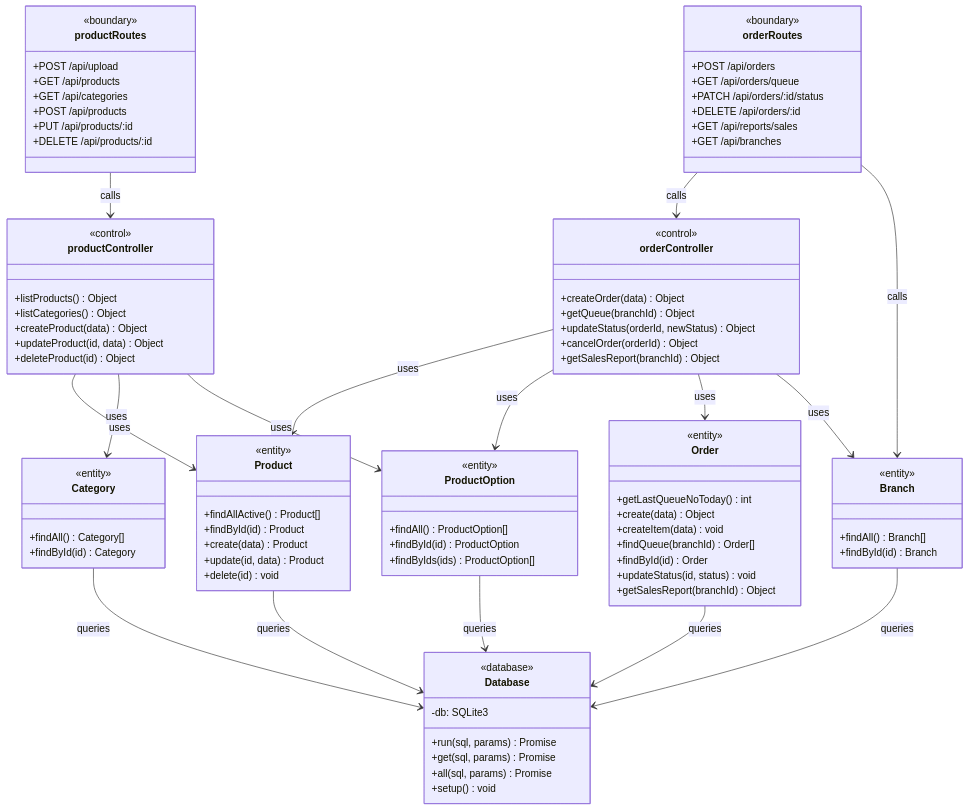
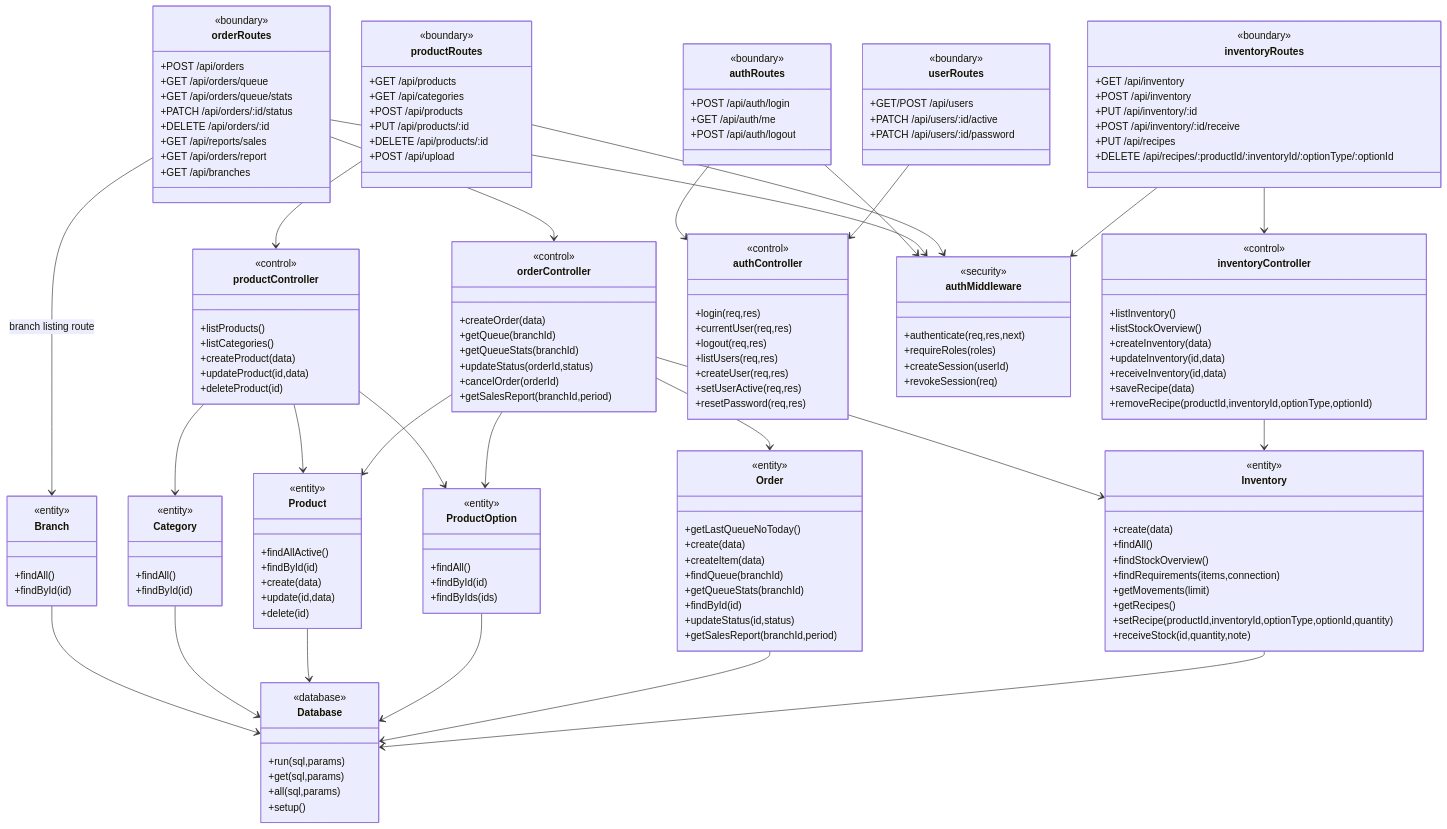
One commit to Wara197/khon-thai-ok-ma-bon-si-farang-ok-ma-bon-su-cafe-system changed the first of 2 diagrams in docs/wk06-class-diagram.md. Above: the diagram before and after it, drawn with Mermaid. The commit also changed other lines of this file and 24 other files, not shown here.

````diff
--- a/docs/wk06-class-diagram.md
+++ b/docs/wk06-class-diagram.md
@@ -15,108 +7,168 @@
 ```mermaid
 classDiagram
-    direction TB
+  direction TB
 
-    %% ===== Boundary Layer (Routes & Views) =====
-    class productRoutes {
-        <<boundary>>
-        +POST /api/upload
-        +GET /api/products
-        +GET /api/categories
-        +POST /api/products
-        +PUT /api/products/:id
-        +DELETE /api/products/:id
-    }
-    class orderRoutes {
-        <<boundary>>
-        +POST /api/orders
-        +GET /api/orders/queue
-        +PATCH /api/orders/:id/status
-        +DELETE /api/orders/:id
-        +GET /api/reports/sales
-        +GET /api/branches
-    }
+  class productRoutes {
+    <<boundary>>
+    +GET /api/products
+    +GET /api/categories
+    +POST /api/products
+    +PUT /api/products/:id
+    +DELETE /api/products/:id
+    +POST /api/upload
+  }
+  class orderRoutes {
+    <<boundary>>
+    +POST /api/orders
+    +GET /api/orders/queue
+    +GET /api/orders/queue/stats
+    +PATCH /api/orders/:id/status
+    +DELETE /api/orders/:id
+    +GET /api/reports/sales
+    +GET /api/orders/report
+    +GET /api/branches
+  }
+  class inventoryRoutes {
+    <<boundary>>
+    +GET /api/inventory
+    +POST /api/inventory
+    +PUT /api/inventory/:id
+    +POST /api/inventory/:id/receive
+    +PUT /api/recipes
+    +DELETE /api/recipes/:productId/:inventoryId/:optionType/:optionId
+  }
+  class authRoutes {
+    <<boundary>>
+    +POST /api/auth/login
+    +GET /api/auth/me
+    +POST /api/auth/logout
+  }
+  class userRoutes {
+    <<boundary>>
+    +GET/POST /api/users
+    +PATCH /api/users/:id/active
+    +PATCH /api/users/:id/password
+  }
+  class productController {
+    <<control>>
+    +listProducts()
+    +listCategories()
+    +createProduct(data)
+    +updateProduct(id,data)
+    +deleteProduct(id)
+  }
+  class orderController {
+    <<control>>
+    +createOrder(data)
+    +getQueue(branchId)
+    +getQueueStats(branchId)
+    +updateStatus(orderId,status)
+    +cancelOrder(orderId)
+    +getSalesReport(branchId,period)
+  }
+  class inventoryController {
+    <<control>>
+    +listInventory()
+    +listStockOverview()
+    +createInventory(data)
+    +updateInventory(id,data)
+    +receiveInventory(id,data)
+    +saveRecipe(data)
+    +removeRecipe(productId,inventoryId,optionType,optionId)
+  }
+  class authController {
+    <<control>>
+    +login(req,res)
+    +currentUser(req,res)
+    +logout(req,res)
+    +listUsers(req,res)
+    +createUser(req,res)
+    +setUserActive(req,res)
+    +resetPassword(req,res)
+  }
+  class authMiddleware {
+    <<security>>
+    +authenticate(req,res,next)
+    +requireRoles(roles)
+    +createSession(userId)
+    +revokeSession(req)
+  }
+  class Branch {
+    <<entity>>
+    +findAll()
+    +findById(id)
+  }
+  class Category {
+    <<entity>>
+    +findAll()
+    +findById(id)
+  }
+  class Product {
+    <<entity>>
+    +findAllActive()
+    +findById(id)
+    +create(data)
+    +update(id,data)
+    +delete(id)
+  }
+  class ProductOption {
+    <<entity>>
+    +findAll()
+    +findById(id)
+    +findByIds(ids)
+  }
+  class Order {
+    <<entity>>
+    +getLastQueueNoToday()
+    +create(data)
+    +createItem(data)
+    +findQueue(branchId)
+    +getQueueStats(branchId)
+    +findById(id)
+    +updateStatus(id,status)
+    +getSalesReport(branchId,period)
+  }
+  class Inventory {
+    <<entity>>
+    +create(data)
+    +findAll()
+    +findStockOverview()
+    +findRequirements(items,connection)
+    +getMovements(limit)
+    +getRecipes()
+    +setRecipe(productId,inventoryId,optionType,optionId,quantity)
+    +receiveStock(id,quantity,note)
+  }
+  class Database {
+    <<database>>
+    +run(sql,params)
+    +get(sql,params)
+    +all(sql,params)
+    +setup()
+  }
 
-    %% ===== Control Layer (Controllers) =====
-    class productController {
-        <<control>>
-        +listProducts() Object
-        +listCategories() Object
-        +createProduct(data) Object
-        +updateProduct(id, data) Object
-        +deleteProduct(id) Object
-    }
-    class orderController {
-        <<control>>
-        +createOrder(data) Object
-        +getQueue(branchId) Object
-        +updateStatus(orderId, newStatus) Object
-        +cancelOrder(orderId) Object
-        +getSalesReport(branchId) Object
-    }
-
-    %% ===== Entity Layer (Data Access) =====
-    class Branch {
-        <<entity>>
-        +findAll() Branch[]
-        +findById(id) Branch
-    }
-    class Category {
-        <<entity>>
-        +findAll() Category[]
-        +findById(id) Category
-    }
-    class Product {
-        <<entity>>
-        +findAllActive() Product[]
-        +findById(id) Product
-        +create(data) Product
-        +update(id, data) Product
-        +delete(id) void
-    }
-    class ProductOption {
-        <<entity>>
-        +findAll() ProductOption[]
-        +findById(id) ProductOption
-        +findByIds(ids) ProductOption[]
-    }
-    class Order {
-        <<entity>>
-        +getLastQueueNoToday() int
-        +create(data) Object
-        +createItem(data) void
-        +findQueue(branchId) Order[]
-        +findById(id) Order
-        +updateStatus(id, status) void
-        +getSalesReport(branchId) Object
-    }
-
-    %% ===== Database Layer =====
-    class Database {
-        <<database>>
-        -db: SQLite3
-        +run(sql, params) Promise
-        +get(sql, params) Promise
-        +all(sql, params) Promise
-        +setup() void
-    }
-
-    %% ===== Relationships =====
-    productRoutes --> productController : calls
-    orderRoutes --> orderController : calls
-    orderRoutes --> Branch : calls
-
-    productController --> Product : uses
-    productController --> Category : uses
-    productController --> ProductOption : uses
-
-    orderController --> Product : uses
-    orderController --> ProductOption : uses
-    orderController --> Order : uses
-    orderController --> Branch : uses
-
-    Branch --> Database : queries
-    Category --> Database : queries
-    Product --> Database : queries
-    ProductOption --> Database : queries
-    Order --> Database : queries
+  productRoutes --> productController
+  orderRoutes --> orderController
+  inventoryRoutes --> inventoryController
+  authRoutes --> authController
+  userRoutes --> authController
+  authRoutes --> authMiddleware
+  orderRoutes --> authMiddleware
+  productRoutes --> authMiddleware
+  inventoryRoutes --> authMiddleware
+  orderRoutes --> Branch : branch listing route
+  productController --> Product
+  productController --> Category
+  productController --> ProductOption
+  orderController --> Product
+  orderController --> ProductOption
+  orderController --> Order
+  orderController --> Inventory
+  inventoryController --> Inventory
+  Branch --> Database
+  Category --> Database
+  Product --> Database
+  ProductOption --> Database
+  Order --> Database
+  Inventory --> Database
 ```
````
